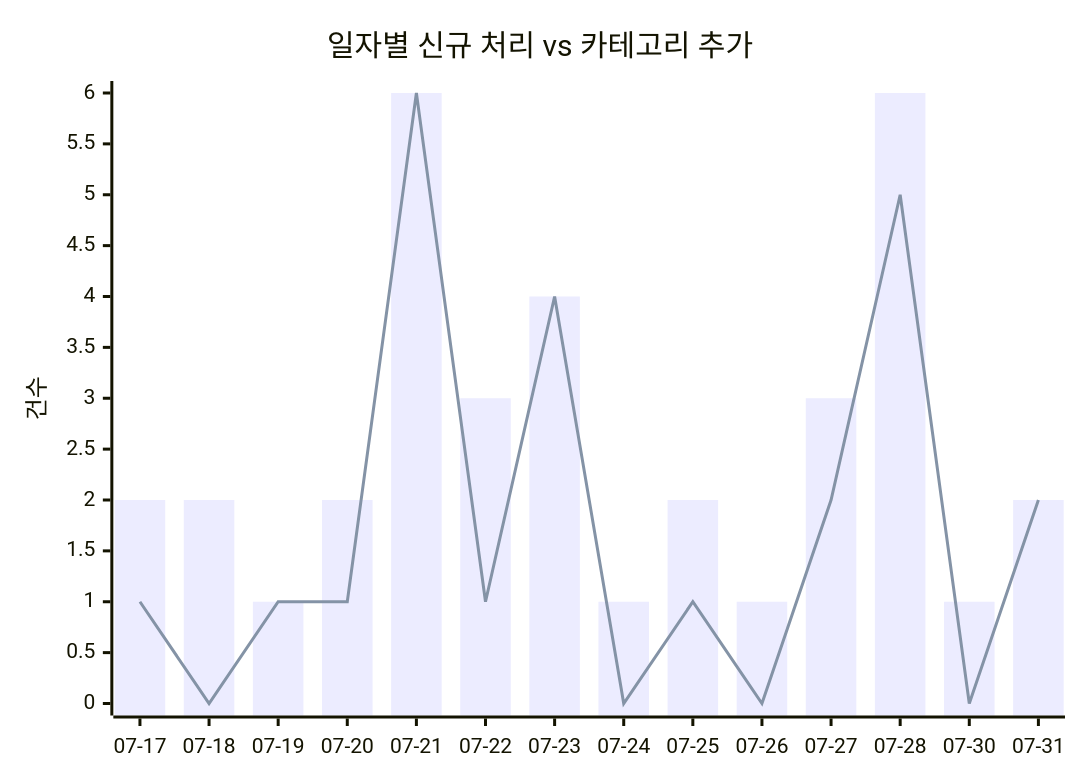
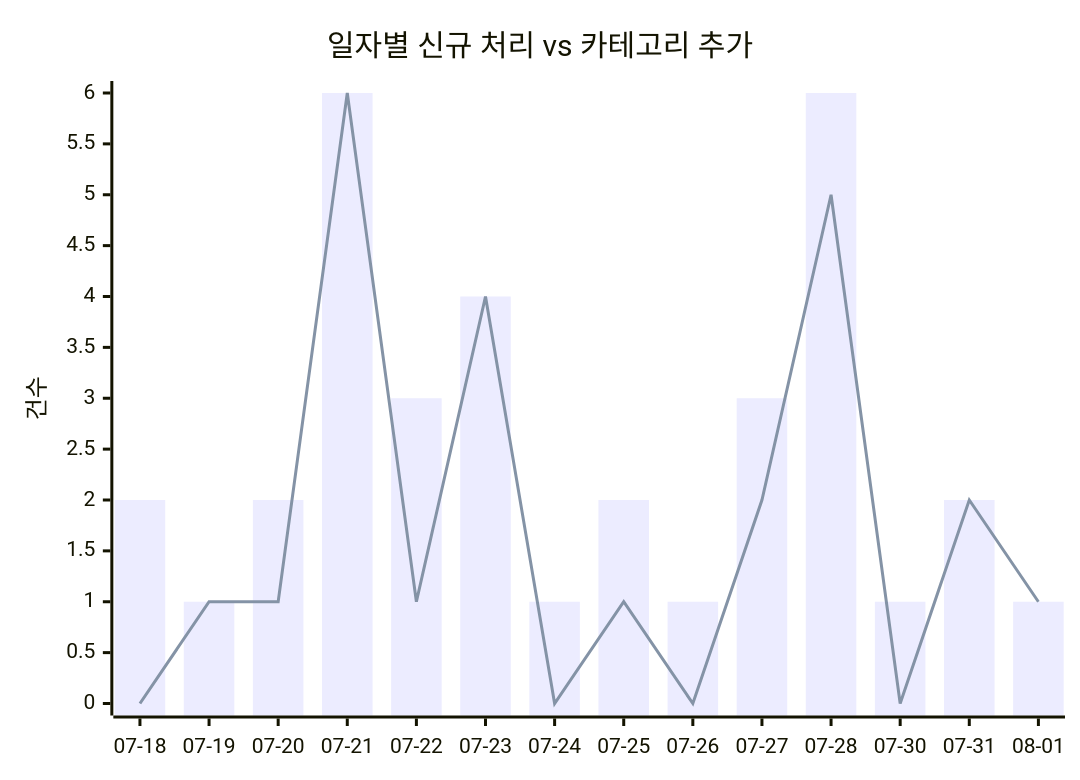
The first of 2 diagrams in docs/trends.md (J-nowcow/awesome-korean-agent-skills), drawn with Mermaid before and after one commit. The commit also changed other lines of this file and 4 other files, not shown here.

````diff
--- a/docs/trends.md
+++ b/docs/trends.md
@@ -32,8 +32,8 @@
 ```mermaid
 xychart-beta
     title "일자별 신규 처리 vs 카테고리 추가"
-    x-axis ["07-17","07-18","07-19","07-20","07-21","07-22","07-23","07-24","07-25","07-26","07-27","07-28","07-30","07-31"]
+    x-axis ["07-18","07-19","07-20","07-21","07-22","07-23","07-24","07-25","07-26","07-27","07-28","07-30","07-31","08-01"]
     y-axis "건수"
-    bar [2,2,1,2,6,3,4,1,2,1,3,6,1,2]
-    line [1,0,1,1,6,1,4,0,1,0,2,5,0,2]
+    bar [2,1,2,6,3,4,1,2,1,3,6,1,2,1]
+    line [0,1,1,6,1,4,0,1,0,2,5,0,2,1]
 ```
````
